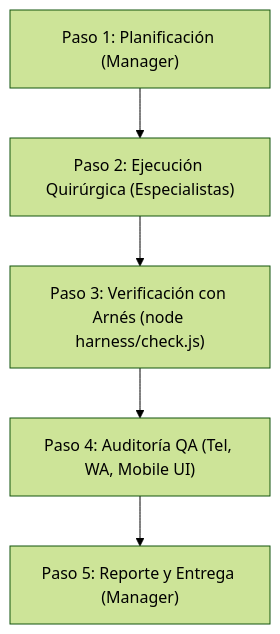
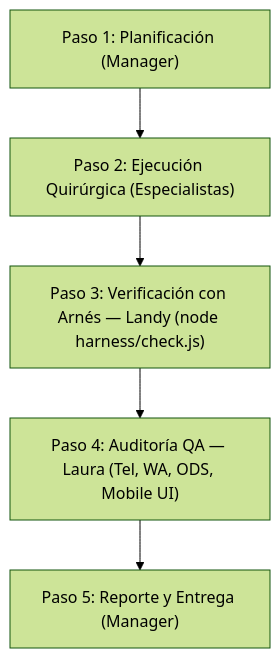
The diagram in AGENTS.md (hatRoot/macWave), drawn with Mermaid (forest theme) before and after one commit. The commit also changed other lines of this file, not shown here.

Commit message:
docs(agents): asignar nombres Landy (Rol 6 Arnes) y Laura (Rol 7 QA) con perfil de tolerancia cero

````diff
--- a/AGENTS.md
+++ b/AGENTS.md
@@ -104,7 +109,7 @@
 ```mermaid
 graph TD
     A["Paso 1: Planificación (Manager)"] --> B["Paso 2: Ejecución Quirúrgica (Especialistas)"]
-    B --> C["Paso 3: Verificación con Arnés (node harness/check.js)"]
-    C --> D["Paso 4: Auditoría QA (Tel, WA, Mobile UI)"]
+    B --> C["Paso 3: Verificación con Arnés — Landy (node harness/check.js)"]
+    C --> D["Paso 4: Auditoría QA — Laura (Tel, WA, ODS, Mobile UI)"]
     D --> E["Paso 5: Reporte y Entrega (Manager)"]
 ```
````
